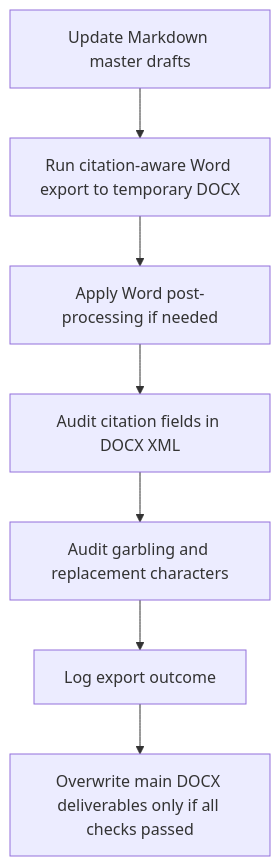
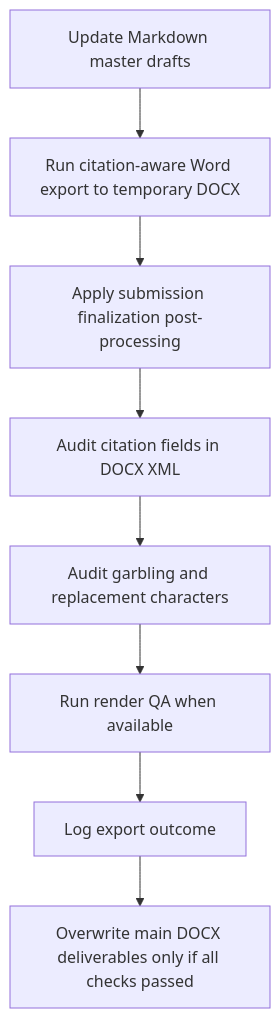
One commit to xiaofei03/management-empirical-writer changed the diagram in README.md. Above: the diagram before and after it, drawn with Mermaid. The commit also changed other lines of this file and 3 other files, not shown here.

````diff
--- a/README.md
+++ b/README.md
@@ -111,9 +115,10 @@
 ```mermaid
 flowchart TD
     A["Update Markdown master drafts"] --> B["Run citation-aware Word export to temporary DOCX"]
-    B --> C["Apply Word post-processing if needed"]
+    B --> C["Apply submission finalization post-processing"]
     C --> D["Audit citation fields in DOCX XML"]
     D --> E["Audit garbling and replacement characters"]
-    E --> F["Log export outcome"]
-    F --> G["Overwrite main DOCX deliverables only if all checks passed"]
+    E --> F["Run render QA when available"]
+    F --> G["Log export outcome"]
+    G --> H["Overwrite main DOCX deliverables only if all checks passed"]
 ```
````
